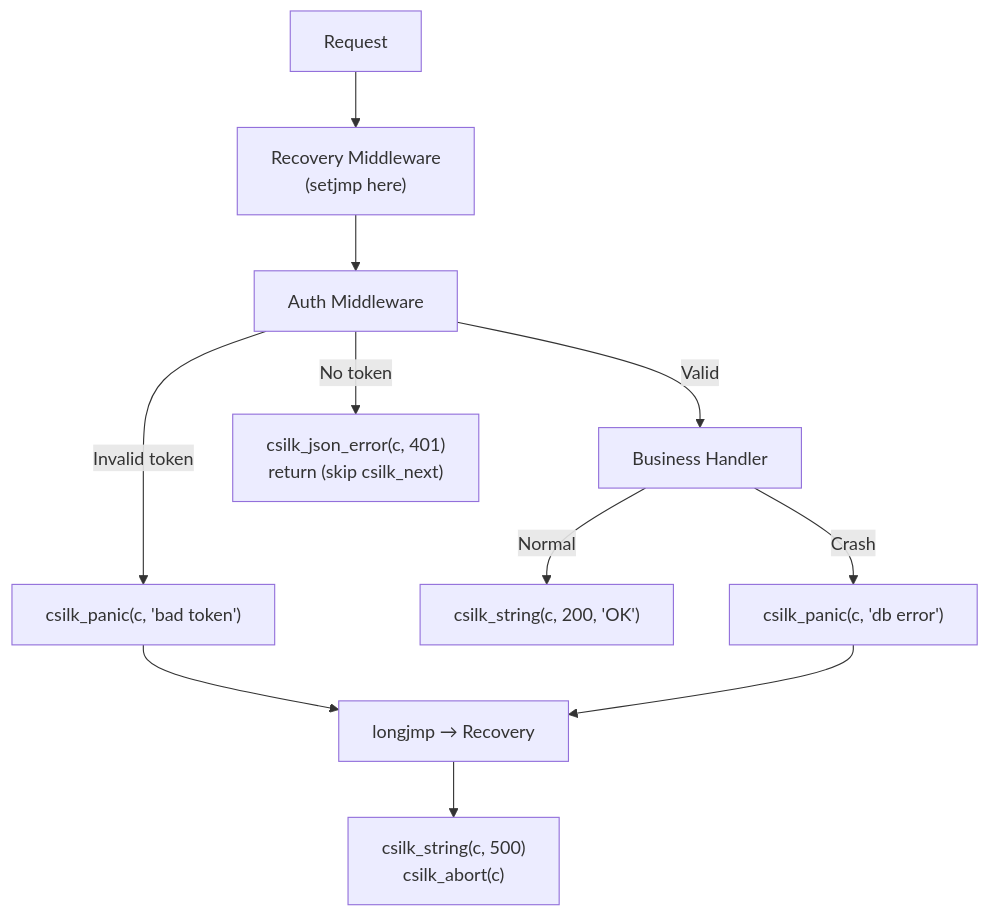
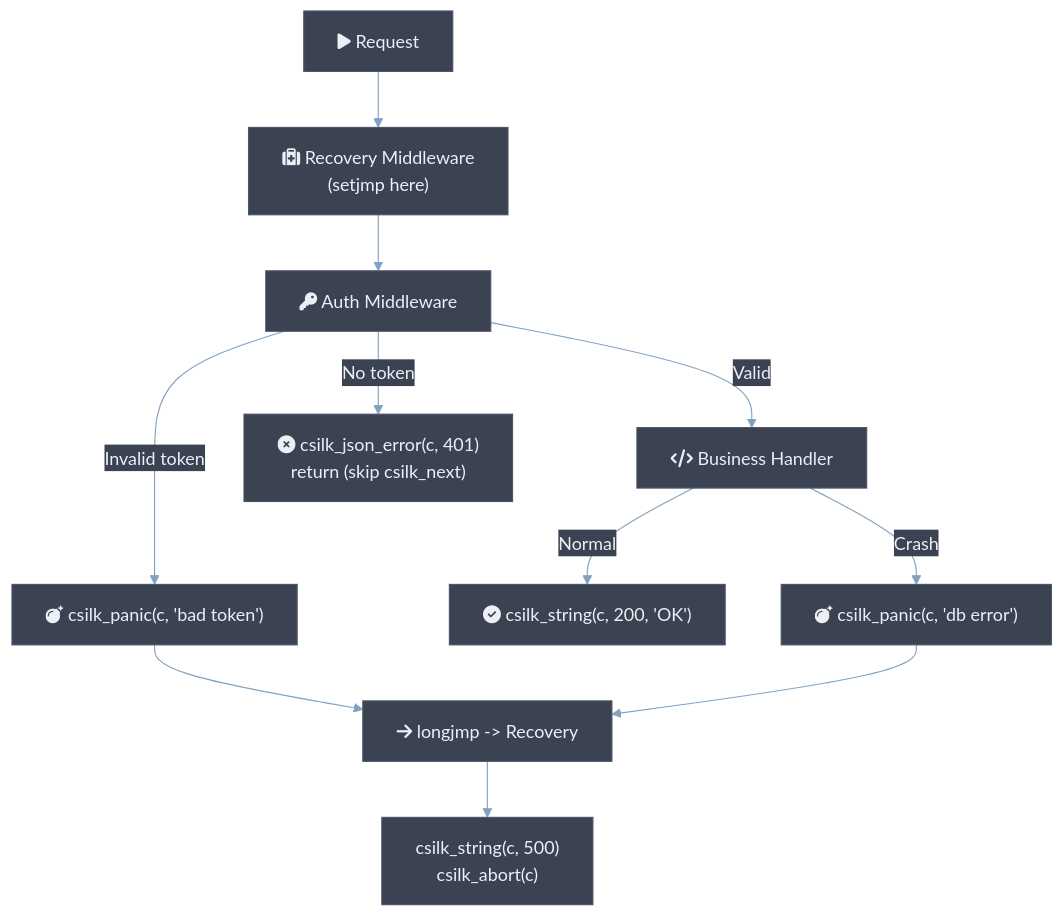
The fourth of 4 diagrams in docs/user-manual/middleware-dev.md (quintin-lee/csilk), drawn with Mermaid before and after one commit. The commit also changed other lines of this file and 30 other files, not shown here.

Commit message:
docs(docs): 📝 apply Nord Mermaid theme, RFC 2119 keywords, and quantified metrics to all docs

````diff
--- a/docs/user-manual/middleware-dev.md
+++ b/docs/user-manual/middleware-dev.md
@@ -214,24 +217,25 @@
 ```mermaid
+%%{init: {'theme': 'base', 'themeVariables': {'background': '#2E3440','primaryColor':'#81A1C1','primaryBorderColor':'#4C566A','primaryTextColor':'#ECEFF4','secondaryColor':'#3B4252','secondaryBorderColor':'#434C5E','secondaryTextColor':'#D8DEE9','lineColor':'#81A1C1','textColor':'#ECEFF4','mainBkg':'#3B4252','nodeBorder':'#4C566A','clusterBkg':'#2E3440','clusterBorder':'#4C566A','titleColor':'#ECEFF4','edgeLabelBackground':'#3B4252','nodeTextColor':'#ECEFF4'}, 'flowchart': {'htmlLabels': true, 'curve': 'basis'}}}%%
 flowchart TB
-    REQ["Request"]
+    REQ["fa:fa-play Request"]
 
-    REC["Recovery Middleware\n(setjmp here)"]
+    REC["fa:fa-medkit Recovery Middleware<br/>(setjmp here)"]
 
-    AUTH["Auth Middleware"]
+    AUTH["fa:fa-key Auth Middleware"]
 
-    HAND["Business Handler"]
+    HAND["fa:fa-code Business Handler"]
 
     REQ --> REC
     REC --> AUTH
 
     AUTH -- "Valid" --> HAND
-    AUTH -- "No token" --> ERR1["csilk_json_error(c, 401)\nreturn (skip csilk_next)"]
-    AUTH -- "Invalid token" --> ERR2["csilk_panic(c, 'bad token')"]
+    AUTH -- "No token" --> ERR1["fa:fa-times-circle csilk_json_error(c, 401)<br/>return (skip csilk_next)"]
+    AUTH -- "Invalid token" --> ERR2["fa:fa-bomb csilk_panic(c, 'bad token')"]
 
-    HAND -- "Normal" --> OK["csilk_string(c, 200, 'OK')"]
-    HAND -- "Crash" --> ERR3["csilk_panic(c, 'db error')"]
+    HAND -- "Normal" --> OK["fa:fa-check-circle csilk_string(c, 200, 'OK')"]
+    HAND -- "Crash" --> ERR3["fa:fa-bomb csilk_panic(c, 'db error')"]
 
-    ERR2 --> REC_L["longjmp → Recovery"]
+    ERR2 --> REC_L["fa:fa-arrow-right longjmp -&gt; Recovery"]
     ERR3 --> REC_L
     REC_L --> RECOVER["csilk_string(c, 500)\ncsilk_abort(c)"]
 ```
````
